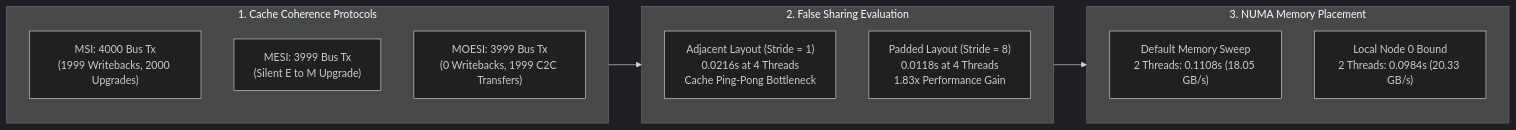
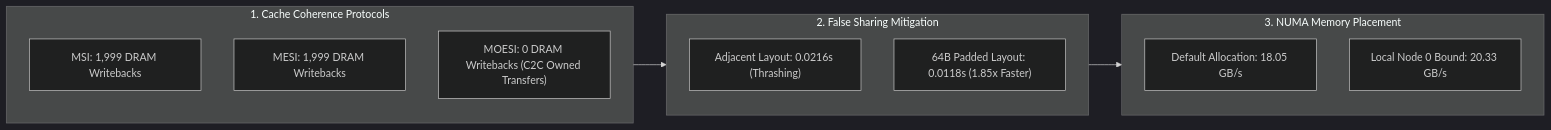
The diagram in Lab_Experiment_4/README.md (Janaki1711/PGC_Lab), drawn with Mermaid (dark theme) before and after one commit. The commit also changed other lines of this file and 26 other files, not shown here.

Commit message:
Refine benchmark charts with compact sizing and muted palette; streamline documentation to be concise and to the point

````diff
--- a/Lab_Experiment_4/README.md
+++ b/Lab_Experiment_4/README.md
@@ -17,23 +14,20 @@
 ```mermaid
 flowchart LR
     subgraph PartA ["1. Cache Coherence Protocols"]
-        direction TB
-        M1["MSI: 4000 Bus Tx<br/>(1999 Writebacks, 2000 Upgrades)"]
-        M2["MESI: 3999 Bus Tx<br/>(Silent E to M Upgrade)"]
-        M3["MOESI: 3999 Bus Tx<br/>(0 Writebacks, 1999 C2C Transfers)"]
+        P1["MSI: 1,999 DRAM Writebacks"]
+        P2["MESI: 1,999 DRAM Writebacks"]
+        P3["MOESI: 0 DRAM Writebacks (C2C Owned Transfers)"]
     end
 
-    subgraph PartB ["2. False Sharing Evaluation"]
-        direction TB
-        FS1["Adjacent Layout (Stride = 1)<br/>0.0216s at 4 Threads<br/>Cache Ping-Pong Bottleneck"]
-        FS2["Padded Layout (Stride = 8)<br/>0.0118s at 4 Threads<br/>1.83x Performance Gain"]
+    subgraph PartB ["2. False Sharing Mitigation"]
+        F1["Adjacent Layout: 0.0216s (Thrashing)"]
+        F2["64B Padded Layout: 0.0118s (1.85x Faster)"]
     end
 
     subgraph PartC ["3. NUMA Memory Placement"]
-        direction TB
-        N1["Default Memory Sweep<br/>2 Threads: 0.1108s (18.05 GB/s)"]
-        N2["Local Node 0 Bound<br/>2 Threads: 0.0984s (20.33 GB/s)"]
+        N1["Default Allocation: 18.05 GB/s"]
+        N2["Local Node 0 Bound: 20.33 GB/s"]
     end
 
     PartA --> PartB --> PartC
 ```
````
